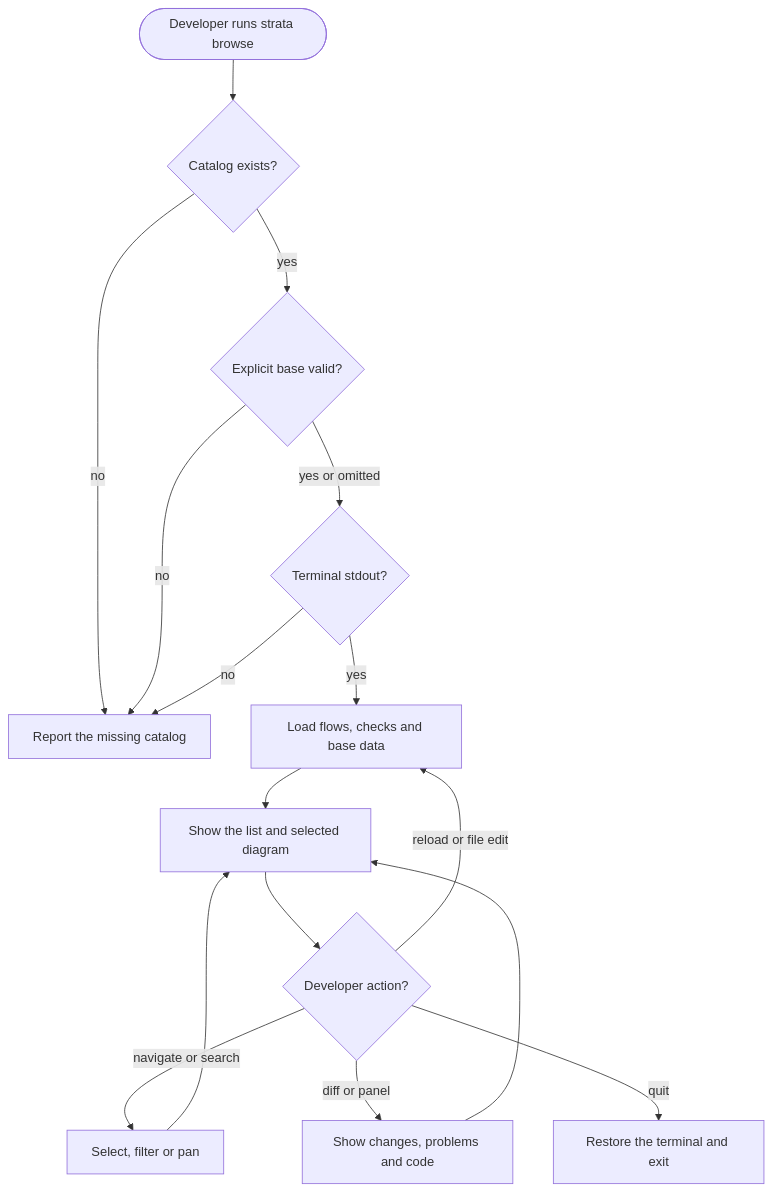
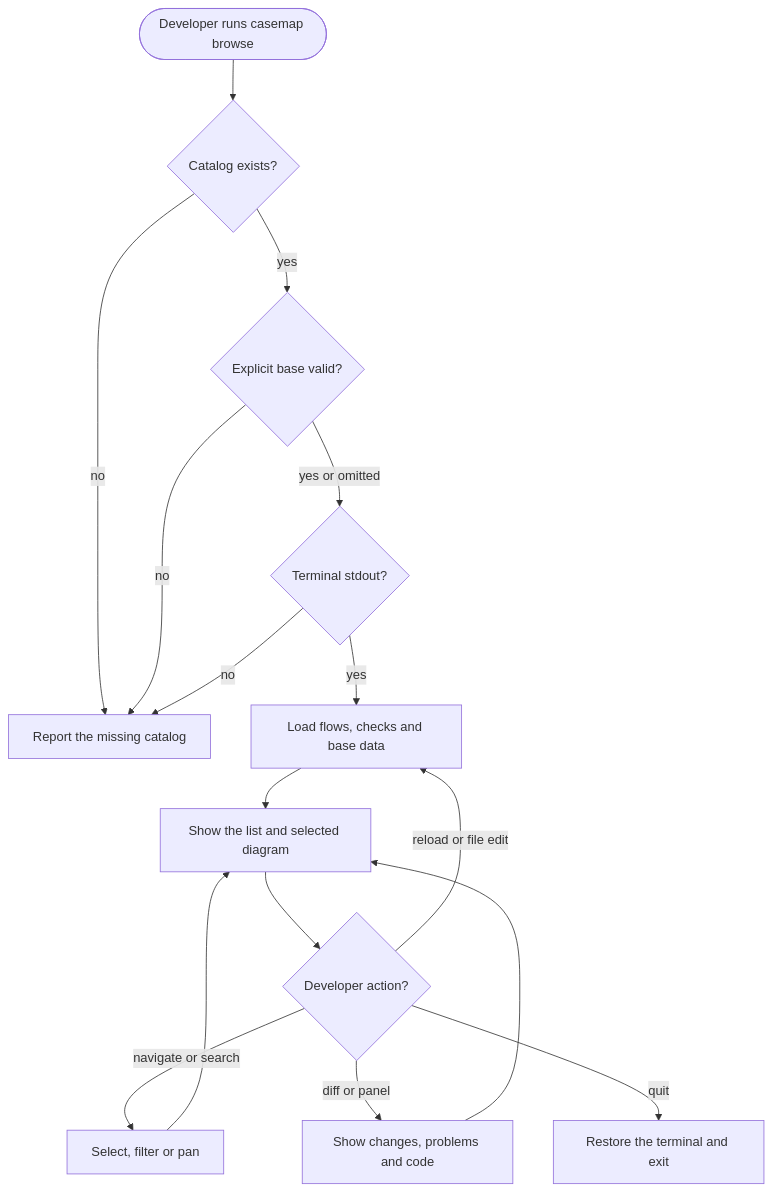
Before and after one commit to Ross-cripto/casemap: the diagram in docs/flows/browse-the-catalog.md, drawn with Mermaid. The commit also changed 65 other files, not shown here.

First line of the commit message:
chore: rename the product from strata to casemap

````diff
--- a/docs/flows/browse-the-catalog.md
+++ b/docs/flows/browse-the-catalog.md
@@ -5,19 +5,19 @@
 ```mermaid
 flowchart TD
-    who([Developer runs strata browse]) --> catalog{Catalog exists?}
+    who([Developer runs casemap browse]) --> catalog{Catalog exists?}
     catalog -->|no| fail[Report the missing catalog]
     catalog -->|yes| base{Explicit base valid?}
     base -->|no| fail
     base -->|yes or omitted| tty{Terminal stdout?}
     tty -->|no| fail
     tty -->|yes| load[Load flows, checks and base data]
     load --> screen[Show the list and selected diagram]
     screen --> action{Developer action?}
     action -->|navigate or search| view[Select, filter or pan]
     view --> screen
     action -->|diff or panel| details[Show changes, problems and code]
     details --> screen
     action -->|reload or file edit| load
     action -->|quit| restore[Restore the terminal and exit]
     %% @code * src/browse
 ```
````
